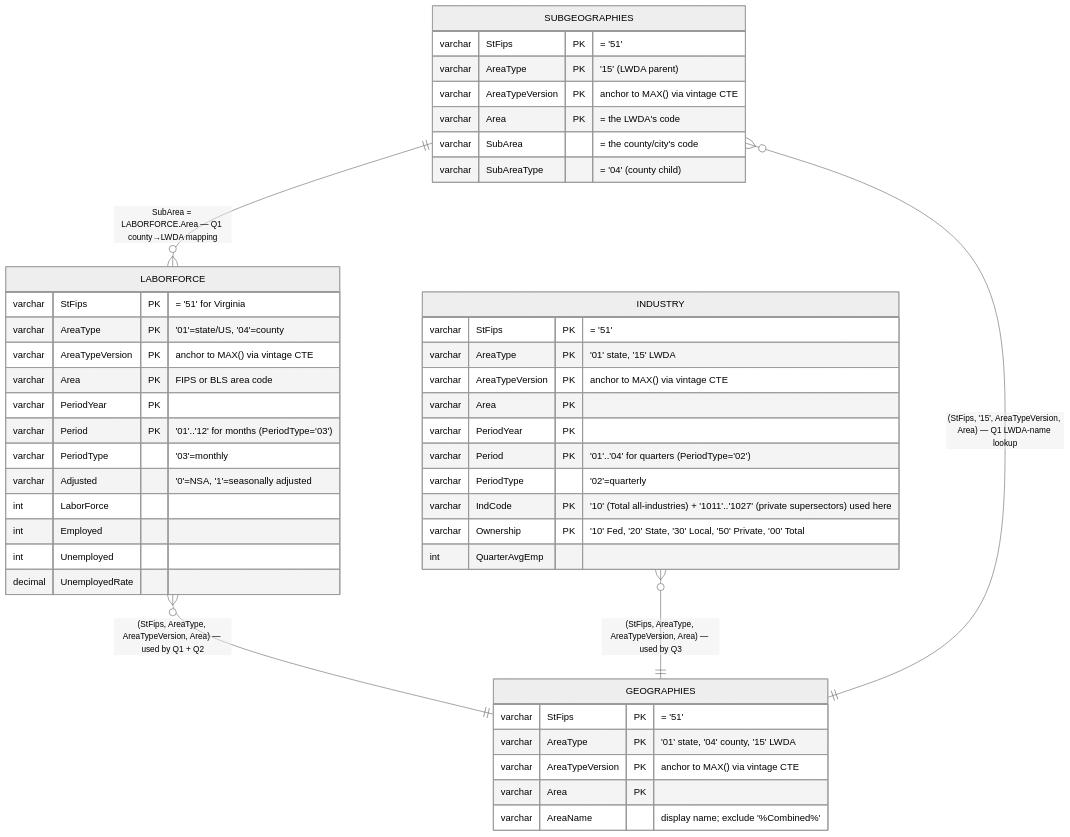
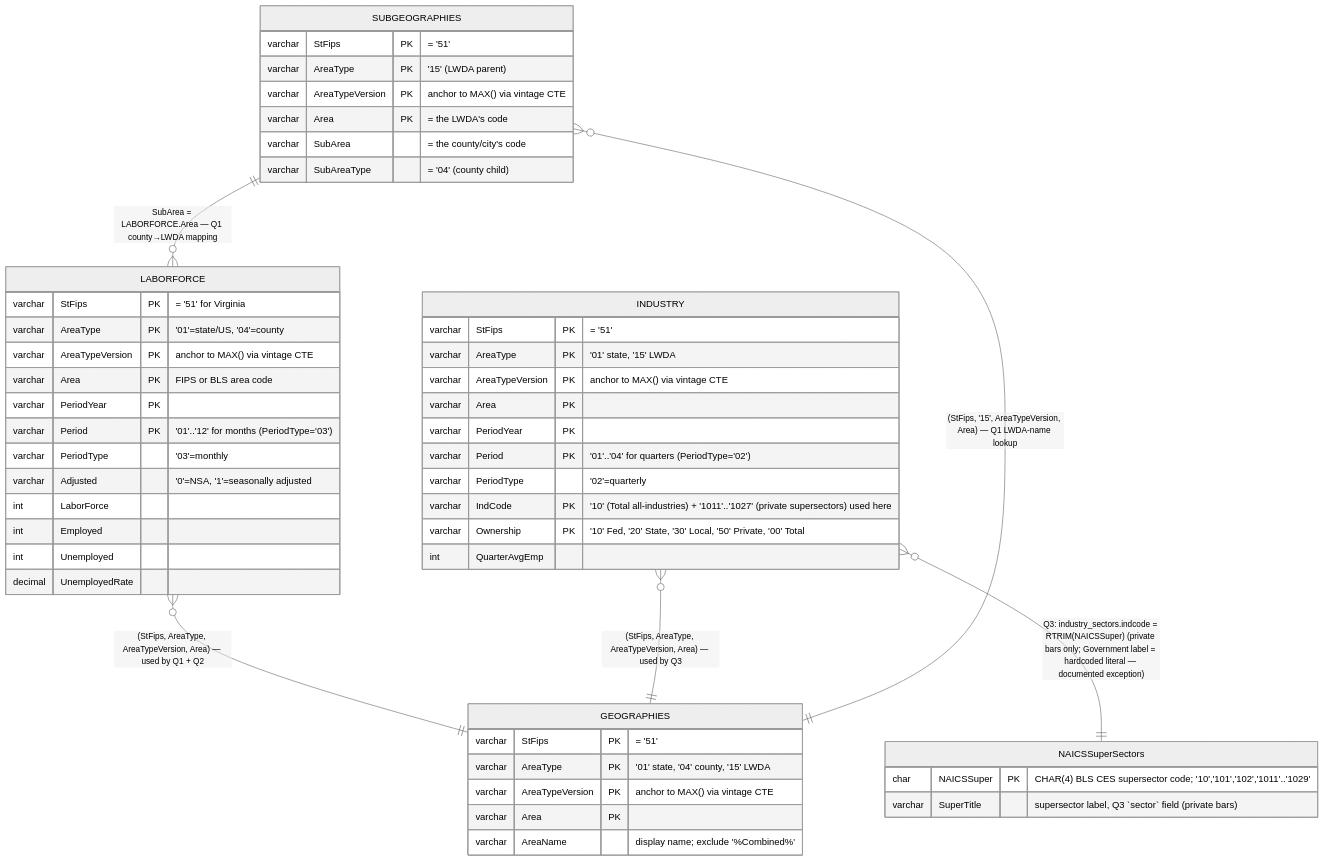
Before and after one commit to ktroutt78/VA-Works-Dashboards: the first of 4 diagrams in docs/handover/front-page-dashboard.md, drawn with Mermaid (neutral theme). The commit also changed other lines of this file and 4 other files, not shown here.

````diff
--- a/docs/handover/front-page-dashboard.md
+++ b/docs/handover/front-page-dashboard.md
@@ -202,52 +208,58 @@
 ```mermaid
 erDiagram
     LABORFORCE {
         varchar StFips PK "= '51' for Virginia"
         varchar AreaType PK "'01'=state/US, '04'=county"
         varchar AreaTypeVersion PK "anchor to MAX() via vintage CTE"
         varchar Area PK "FIPS or BLS area code"
         varchar PeriodYear PK
         varchar Period PK "'01'..'12' for months (PeriodType='03')"
         varchar PeriodType "'03'=monthly"
         varchar Adjusted "'0'=NSA, '1'=seasonally adjusted"
         int LaborForce
         int Employed
         int Unemployed
         decimal UnemployedRate
     }
 
     GEOGRAPHIES {
         varchar StFips PK "= '51'"
         varchar AreaType PK "'01' state, '04' county, '15' LWDA"
         varchar AreaTypeVersion PK "anchor to MAX() via vintage CTE"
         varchar Area PK
         varchar AreaName "display name; exclude '%Combined%'"
     }
 
     SUBGEOGRAPHIES {
         varchar StFips PK "= '51'"
         varchar AreaType PK "'15' (LWDA parent)"
         varchar AreaTypeVersion PK "anchor to MAX() via vintage CTE"
         varchar Area PK "= the LWDA's code"
         varchar SubArea "= the county/city's code"
         varchar SubAreaType "= '04' (county child)"
     }
 
     INDUSTRY {
         varchar StFips PK "= '51'"
         varchar AreaType PK "'01' state, '15' LWDA"
         varchar AreaTypeVersion PK "anchor to MAX() via vintage CTE"
         varchar Area PK
         varchar PeriodYear PK
         varchar Period PK "'01'..'04' for quarters (PeriodType='02')"
         varchar PeriodType "'02'=quarterly"
         varchar IndCode PK "'10' (Total all-industries) + '1011'..'1027' (private supersectors) used here"
         varchar Ownership PK "'10' Fed, '20' State, '30' Local, '50' Private, '00' Total"
         int QuarterAvgEmp
     }
 
-    LABORFORCE }o--|| GEOGRAPHIES : "(StFips, AreaType, AreaTypeVersion, Area) — used by Q1 + Q2"
-    INDUSTRY    }o--|| GEOGRAPHIES : "(StFips, AreaType, AreaTypeVersion, Area) — used by Q3"
-    SUBGEOGRAPHIES }o--|| GEOGRAPHIES : "(StFips, '15', AreaTypeVersion, Area) — Q1 LWDA-name lookup"
-    SUBGEOGRAPHIES ||--o{ LABORFORCE : "SubArea = LABORFORCE.Area — Q1 county→LWDA mapping"
+    NAICSSuperSectors {
+        char NAICSSuper PK "CHAR(4) BLS CES supersector code; '10','101','102','1011'..'1029'"
+        varchar SuperTitle "supersector label, Q3 `sector` field (private bars)"
+    }
+
+    LABORFORCE     }o--|| GEOGRAPHIES       : "(StFips, AreaType, AreaTypeVersion, Area) — used by Q1 + Q2"
+    INDUSTRY       }o--|| GEOGRAPHIES       : "(StFips, AreaType, AreaTypeVersion, Area) — used by Q3"
+    SUBGEOGRAPHIES }o--|| GEOGRAPHIES       : "(StFips, '15', AreaTypeVersion, Area) — Q1 LWDA-name lookup"
+    SUBGEOGRAPHIES ||--o{ LABORFORCE        : "SubArea = LABORFORCE.Area — Q1 county→LWDA mapping"
+    INDUSTRY       }o--|| NAICSSuperSectors : "Q3: industry_sectors.indcode = RTRIM(NAICSSuper) (private bars only; Government label = hardcoded literal — documented exception)"
 ```
````
